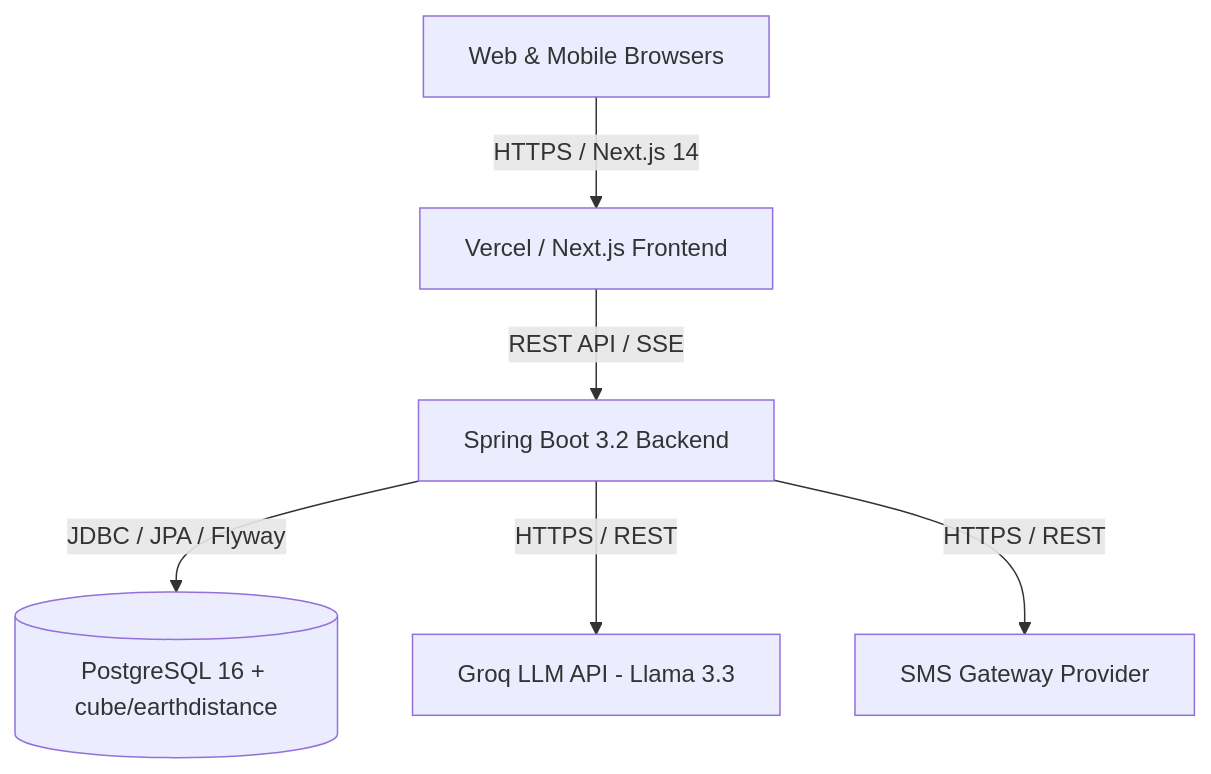
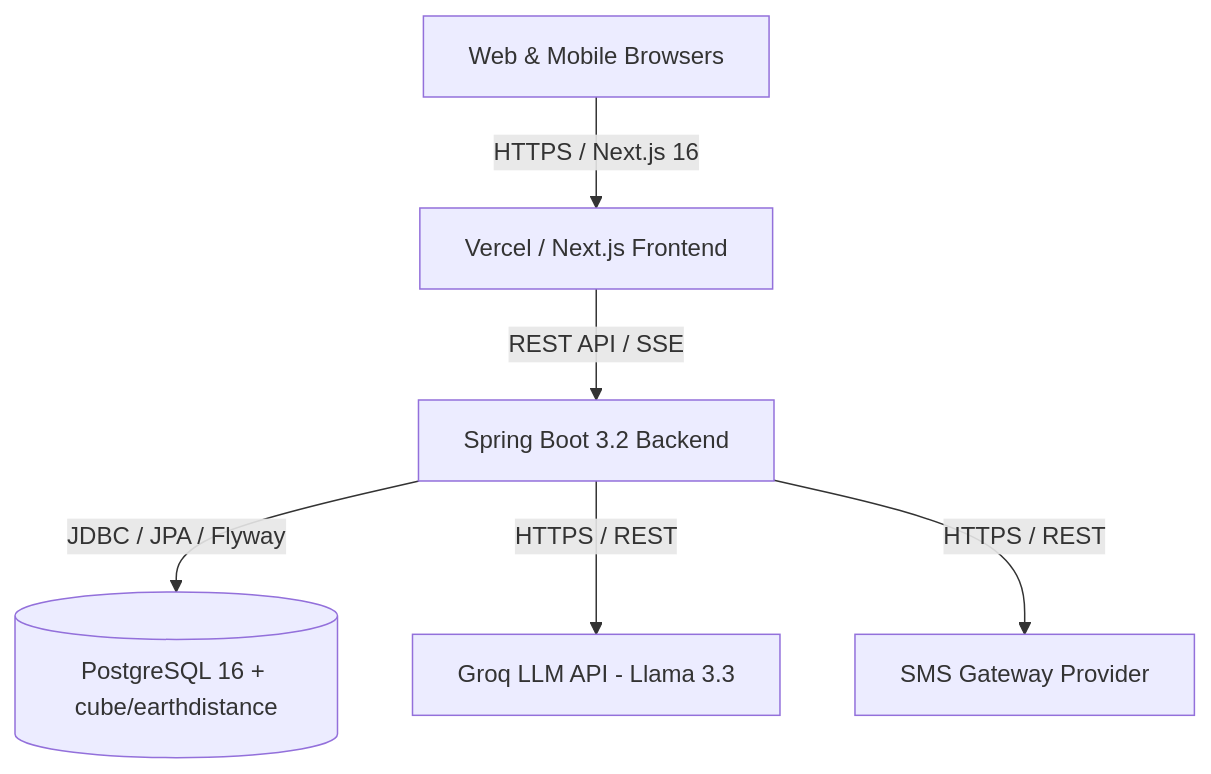
Before and after one commit to Dhanushkamg/Suwa-Sarana: the diagram in docs/DEPLOYMENT.md, drawn with Mermaid. The commit also changed other lines of this file and 4 other files, not shown here.

````diff
--- a/docs/DEPLOYMENT.md
+++ b/docs/DEPLOYMENT.md
@@ -9,8 +9,8 @@
 ```mermaid
 graph TD
-    Client[Web & Mobile Browsers] -->|HTTPS / Next.js 14| Frontend[Vercel / Next.js Frontend]
+    Client[Web & Mobile Browsers] -->|HTTPS / Next.js 16| Frontend[Vercel / Next.js Frontend]
     Frontend -->|REST API / SSE| Backend[Spring Boot 3.2 Backend]
     Backend -->|JDBC / JPA / Flyway| DB[(PostgreSQL 16 + cube/earthdistance)]
     Backend -->|HTTPS / REST| Groq[Groq LLM API - Llama 3.3]
     Backend -->|HTTPS / REST| SMS[SMS Gateway Provider]
 ```
````
